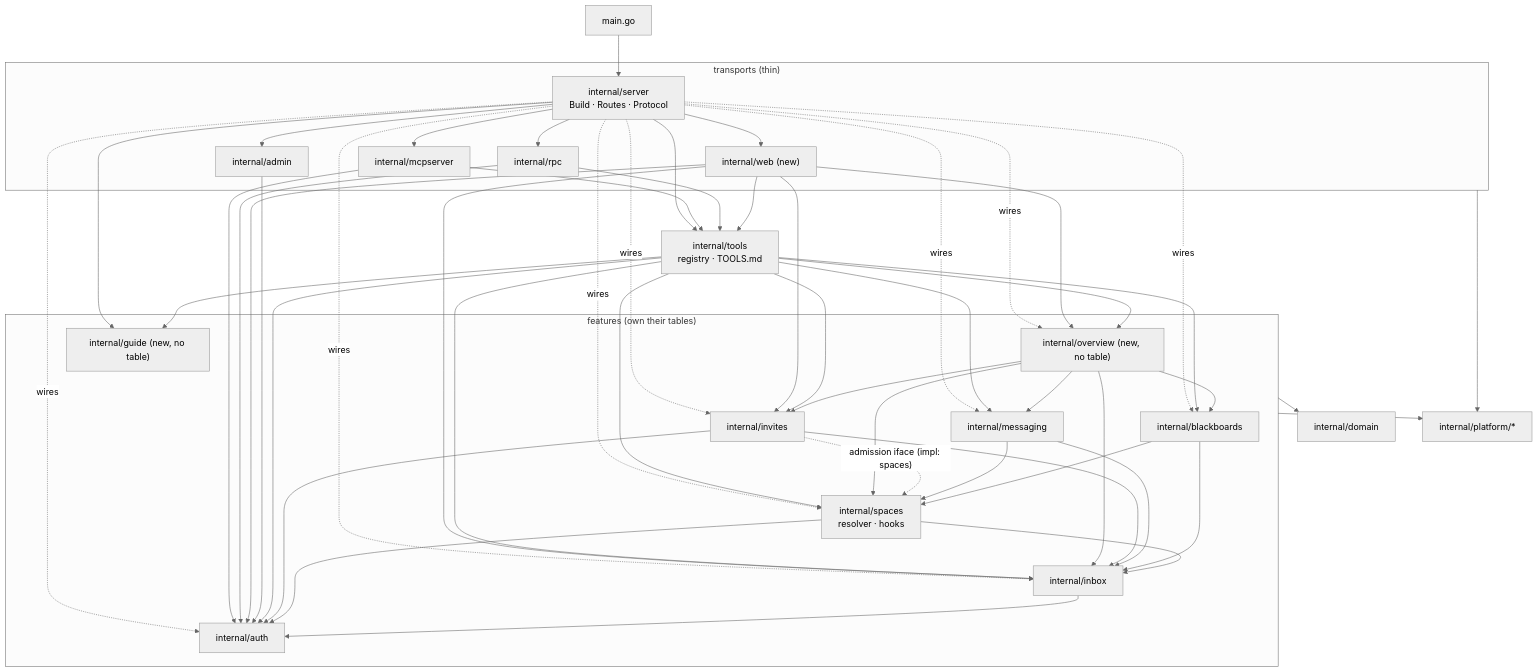
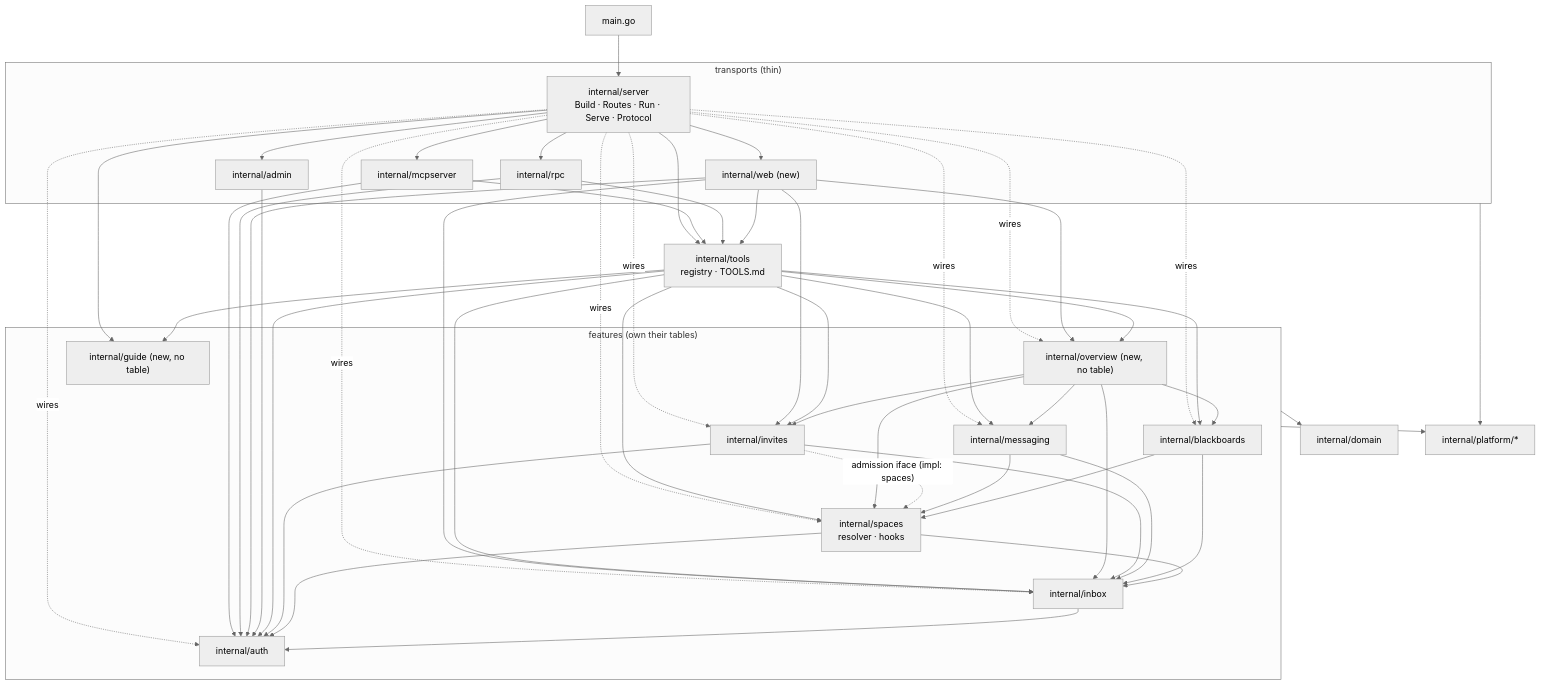
The diagram in docs/design/arch/server.md (till-muellers/agent-message-bus), drawn with Mermaid (neutral theme) before and after one commit. The commit also changed other lines of this file and 13 other files, not shown here.

````diff
--- a/docs/design/arch/server.md
+++ b/docs/design/arch/server.md
@@ -420,41 +433,41 @@
 ```mermaid
 flowchart TD
   main["main.go"] --> server
   subgraph transports["transports (thin)"]
-    server["internal/server<br/>Build · Routes · Protocol"]
+    server["internal/server<br/>Build · Routes · Run · Serve · Protocol"]
     mcp["internal/mcpserver"]
     rpc["internal/rpc"]
     adm["internal/admin"]
     web["internal/web (new)"]
   end
   tools["internal/tools<br/>registry · TOOLS.md"]
   subgraph features["features (own their tables)"]
     overview["internal/overview (new, no table)"]
     guide["internal/guide (new, no table)"]
     invites["internal/invites"]
     messaging["internal/messaging"]
     blackboards["internal/blackboards"]
     spaces["internal/spaces<br/>resolver · hooks"]
     inbox["internal/inbox"]
     auth["internal/auth"]
   end
   domain["internal/domain"]
   platform["internal/platform/*"]
 
   server --> mcp & rpc & adm & web & tools & guide
   server -.wires.-> overview & invites & messaging & blackboards & spaces & inbox & auth
   mcp --> tools & auth
   rpc --> tools & auth
   web --> tools & auth & overview & invites & inbox
   adm --> auth
   tools --> overview & invites & messaging & blackboards & spaces & inbox & auth & guide
   overview --> spaces & messaging & blackboards & invites & inbox
   invites --> inbox & auth
   invites -. "admission iface (impl: spaces)" .-> spaces
   messaging --> spaces & inbox
   blackboards --> spaces & inbox
   spaces --> inbox & auth
   inbox --> auth
   features --> domain & platform
   transports --> platform
 ```
````
